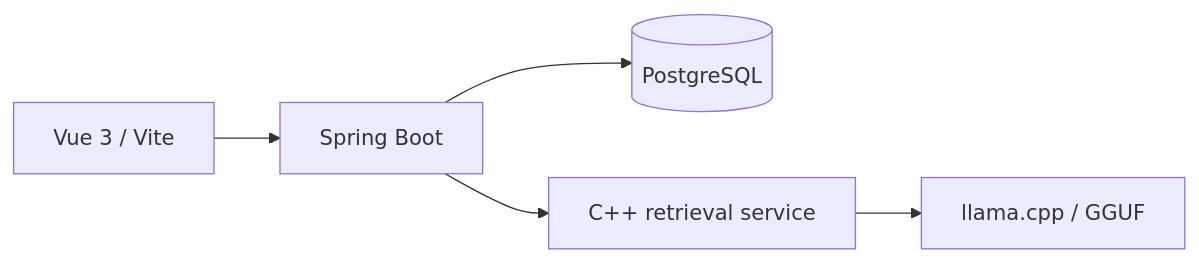
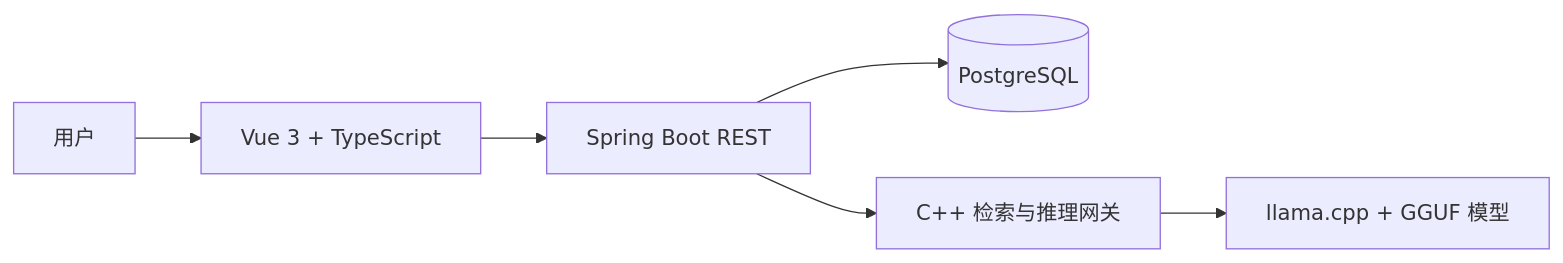
The second of 2 diagrams in docs/产品相关/产品架构.md (kzh1458003655-web/StudyPilot), drawn with Mermaid before and after one commit. The commit also changed other lines of this file and 8 other files, not shown here.

````diff
--- a/docs/产品相关/产品架构.md
+++ b/docs/产品相关/产品架构.md
@@ -73,7 +132,8 @@
 ```mermaid
 flowchart LR
-  UI[Vue 3 / Vite] --> API[Spring Boot]
+  USER[用户] --> FE[Vue 3 + TypeScript]
+  FE --> API[Spring Boot REST]
   API --> DB[(PostgreSQL)]
-  API --> AI[C++ retrieval service]
-  AI --> LLM[llama.cpp / GGUF]
+  API --> GATEWAY[C++ 检索与推理网关]
+  GATEWAY --> LLM[llama.cpp + GGUF 模型]
 ```
````
